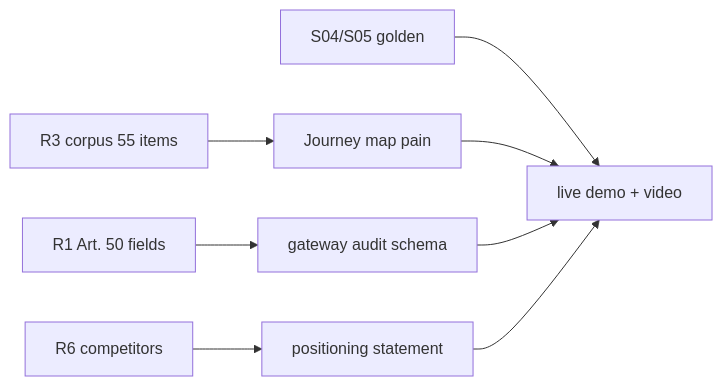
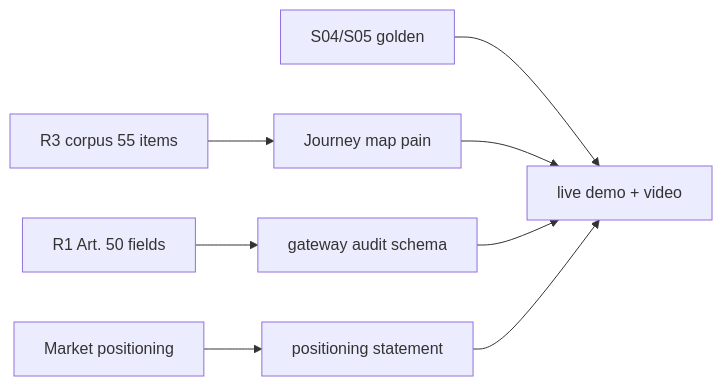
The diagram in docs/hackathon/EVIDENCE_CHAIN.md (shirley-xue-2025/trust-flow), drawn with Mermaid before and after one commit. The commit also changed other lines of this file and 59 other files, not shown here.

````diff
--- a/docs/hackathon/EVIDENCE_CHAIN.md
+++ b/docs/hackathon/EVIDENCE_CHAIN.md
@@ -76,10 +74,10 @@
 ```mermaid
 flowchart LR
     R3[R3 corpus 55 items] --> JM[Journey map pain]
     R1[R1 Art. 50 fields] --> AUDIT[gateway audit schema]
-    R6[R6 competitors] --> PITCH[positioning statement]
+    POS[Market positioning] --> PITCH[positioning statement]
     GOLDEN[S04/S05 golden] --> DEMO[live demo + video]
     JM --> DEMO
     AUDIT --> DEMO
     PITCH --> DEMO
 ```
````
